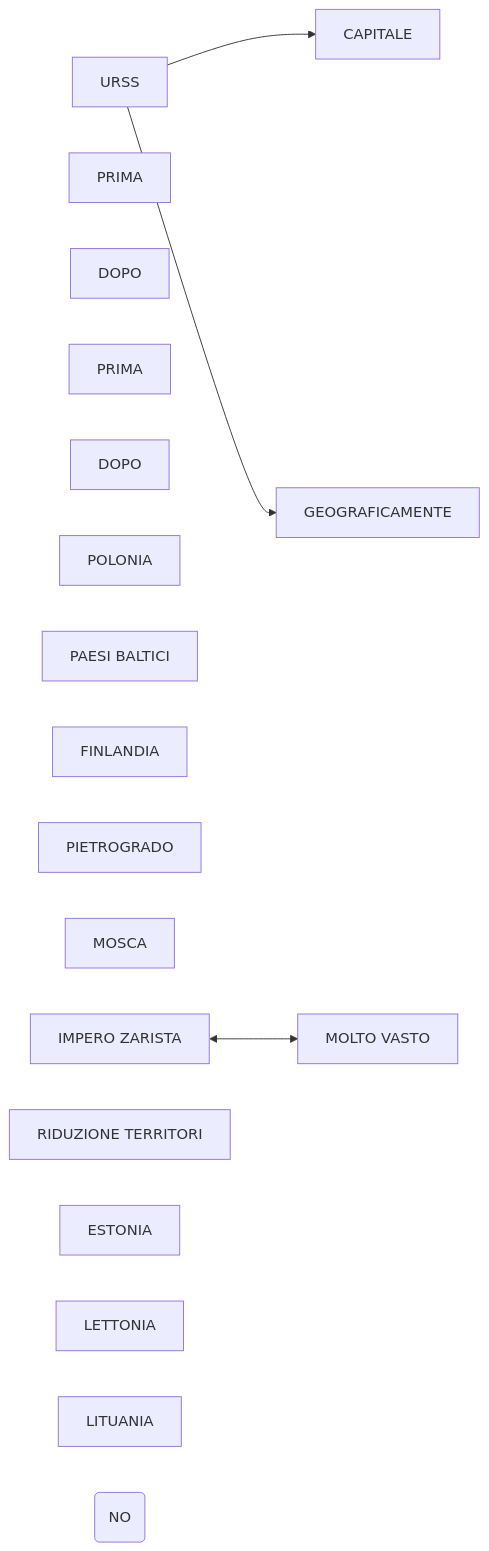
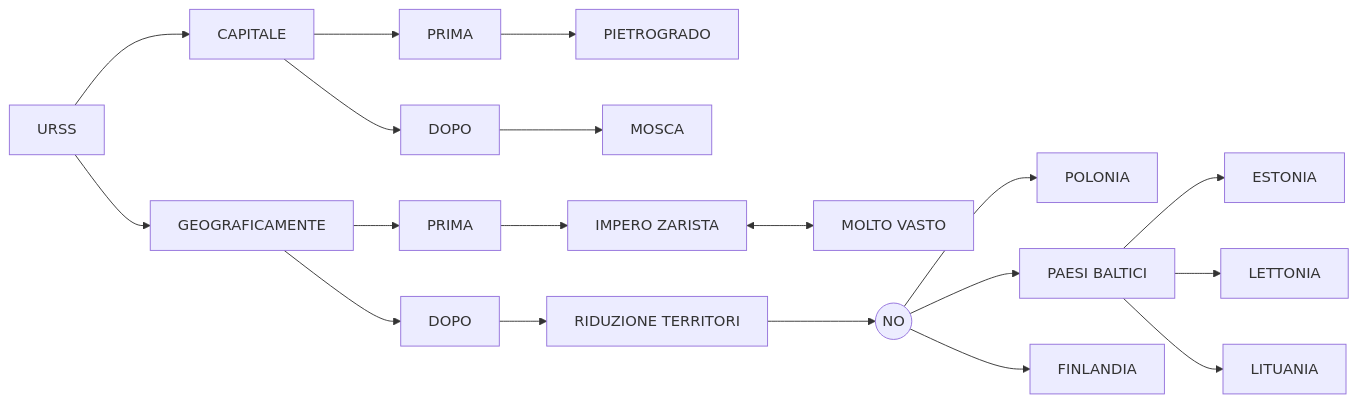
Before and after one commit to Laaouatni/ricerca-storia-MermaidJS: the diagram in prova.md, drawn with Mermaid.

````diff
--- a/prova.md
+++ b/prova.md
@@ -1,25 +1,35 @@
 ```mermaid
 flowchart LR
     0[URSS]
     1[CAPITALE]
     10[PRIMA]
     100[PIETROGRADO]
     11[DOPO]
     110[MOSCA]
     2[GEOGRAFICAMENTE]
     20[PRIMA]
     200[IMPERO ZARISTA]
     201[MOLTO VASTO]
     200 <--> 201
     21[DOPO]
     210[RIDUZIONE TERRITORI]
-    2100(NO)
+    2100((NO))
     30[POLONIA]
     31[PAESI BALTICI]
     310[ESTONIA]
     311[LETTONIA]
     312[LITUANIA]
     32[FINLANDIA]
     0 --> 1 & 2
+    1 --> 10 & 11
+    10 --> 100
+    11 --> 110
+    2 --> 20 & 21
+    20 --> 200
+    21 --> 210
+    210 --> 2100
+    2100 --> 30 & 31 & 32
+    31 --> 310 & 311 & 312
+
 
 ```
````
